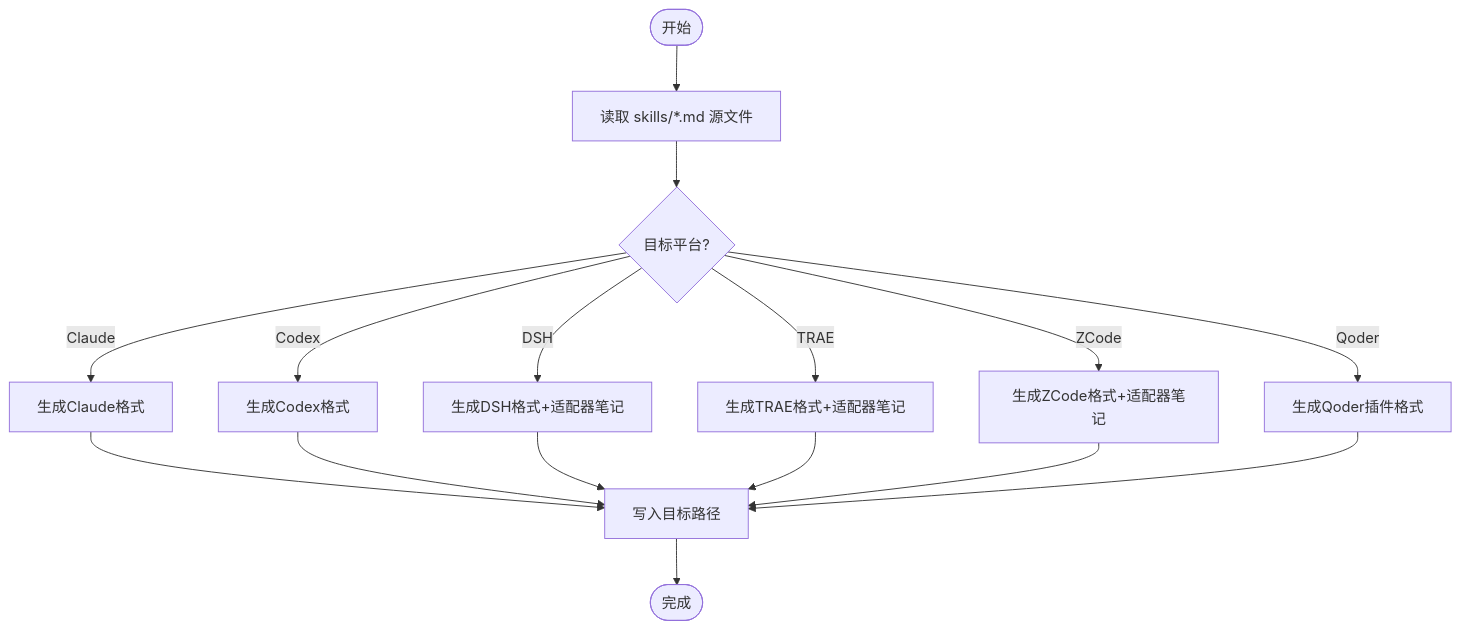
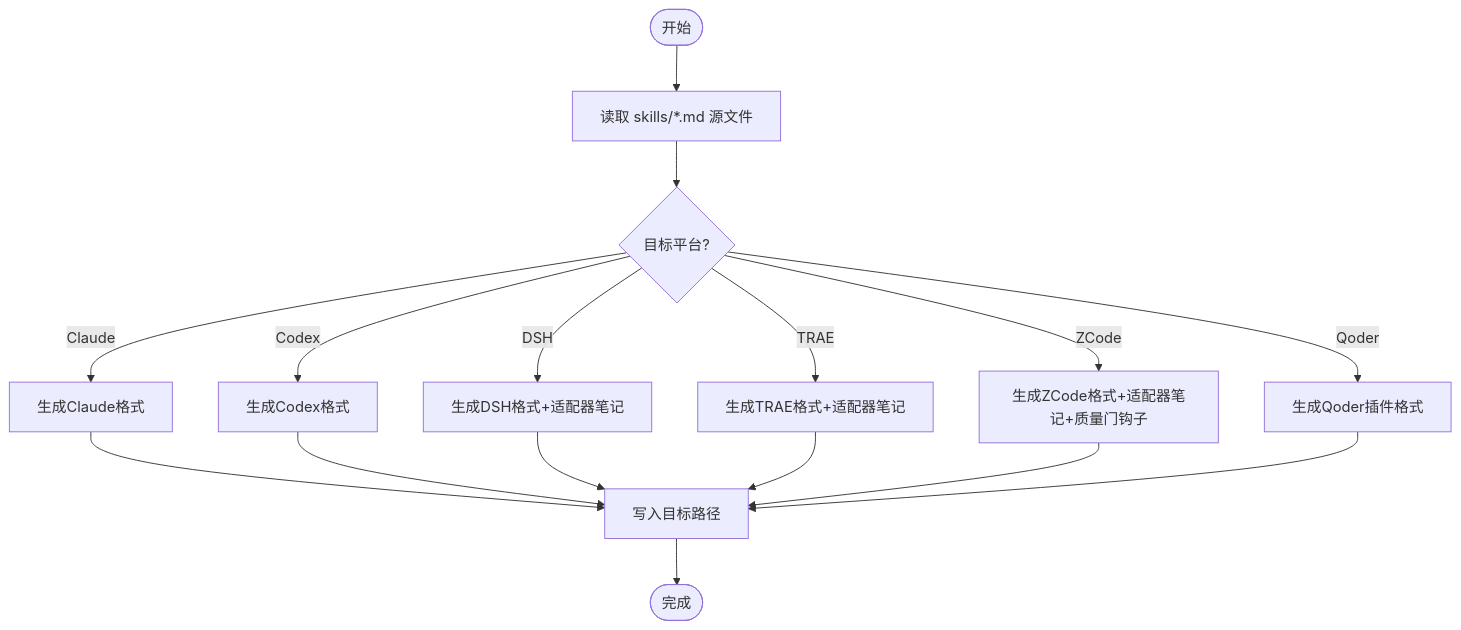
Before and after one commit to Ted-Engineer/ai-berkshire: the fourth of 9 diagrams in .qoder/repowiki/zh/content/配置管理/配置管理.md, drawn with Mermaid. The commit also changed other lines of this file and 76 other files, not shown here.

````diff
--- a/.qoder/repowiki/zh/content/配置管理/配置管理.md
+++ b/.qoder/repowiki/zh/content/配置管理/配置管理.md
@@ -238,18 +319,18 @@
 ```mermaid
 flowchart TD
 Start(["开始"]) --> ReadSource["读取 skills/*.md 源文件"]
 ReadSource --> Platform{"目标平台?"}
 Platform --> |Claude| ClaudeGen["生成Claude格式"]
 Platform --> |Codex| CodexGen["生成Codex格式"]
 Platform --> |DSH| DSHGen["生成DSH格式+适配器笔记"]
 Platform --> |TRAE| TraeGen["生成TRAE格式+适配器笔记"]
-Platform --> |ZCode| ZCodeGen["生成ZCode格式+适配器笔记"]
+Platform --> |ZCode| ZCodeGen["生成ZCode格式+适配器笔记+质量门钩子"]
 Platform --> |Qoder| QoderGen["生成Qoder插件格式"]
 ClaudeGen --> Write["写入目标路径"]
 CodexGen --> Write
 DSHGen --> Write
 TraeGen --> Write
 ZCodeGen --> Write
 QoderGen --> Write
 Write --> Done(["完成"])
 ```
````
